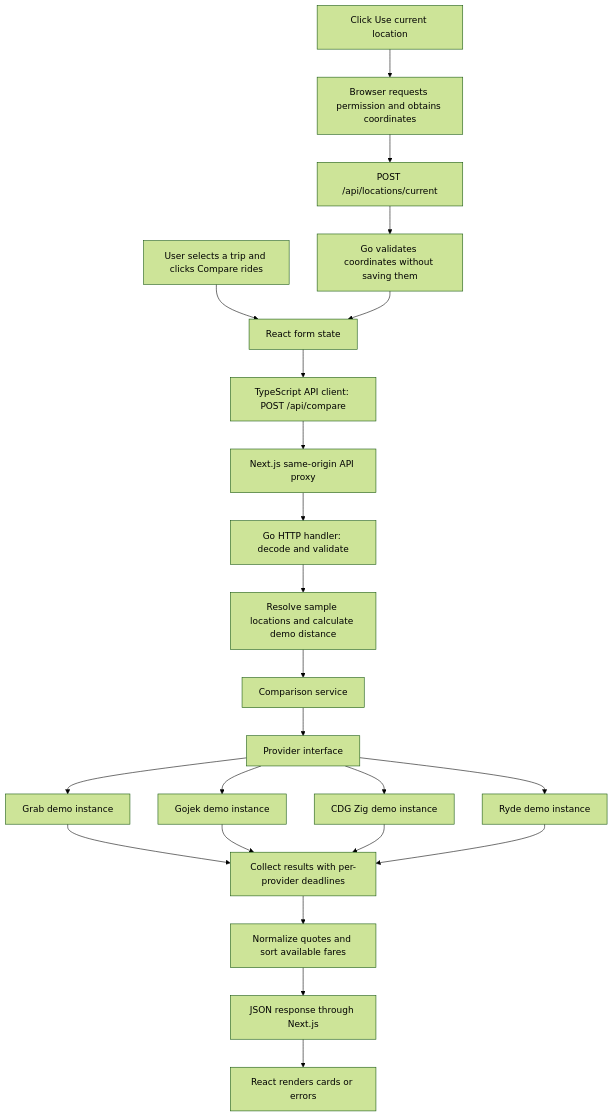
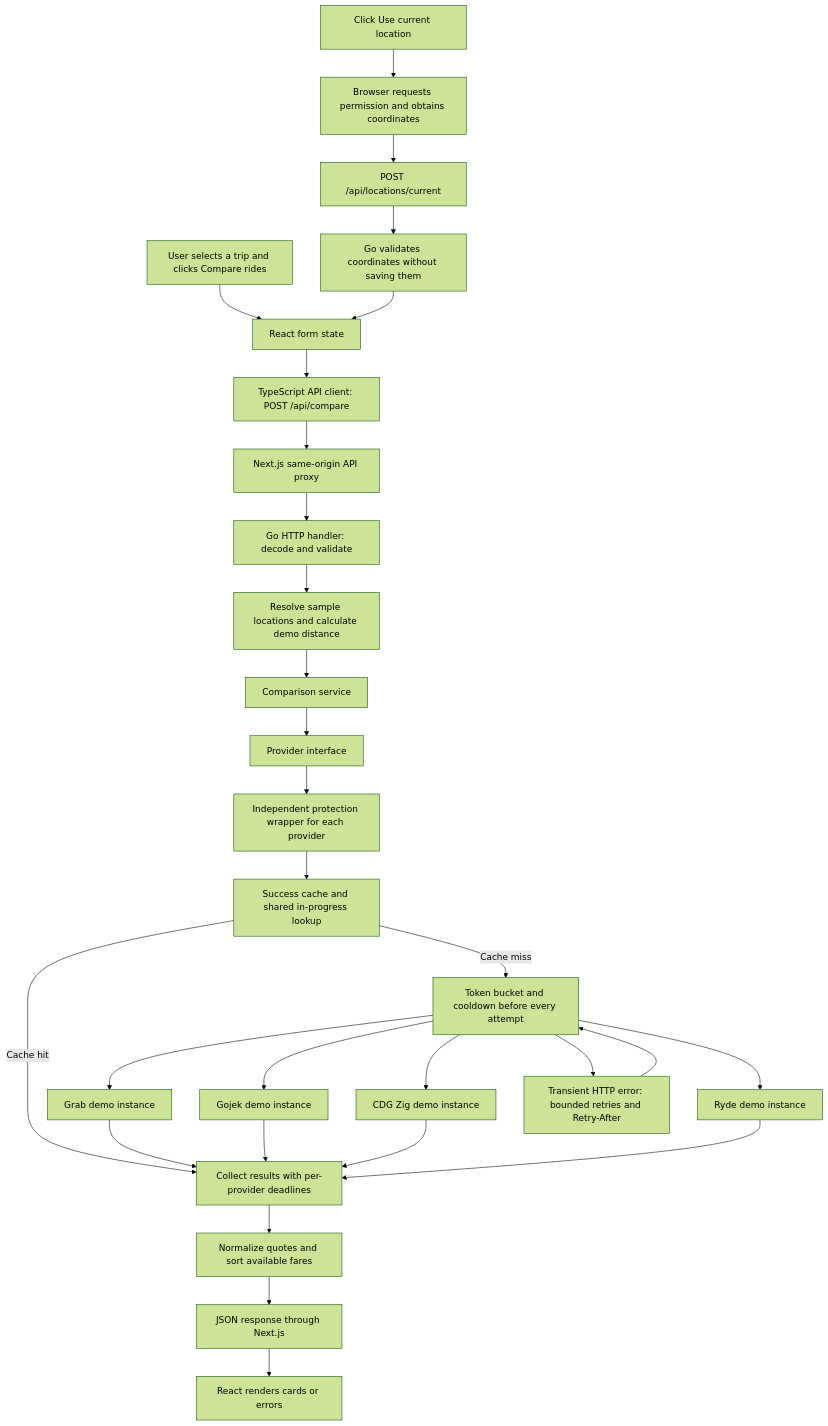
One commit to Raghaaavvv/farewise changed the diagram in README.md. Above: the diagram before and after it, drawn with Mermaid (forest theme). The commit also changed other lines of this file and 9 other files, not shown here.

Commit message:
Protect provider estimates with caching, rate limits and bounded retries

````diff
--- a/README.md
+++ b/README.md
@@ -49,25 +50,31 @@
 ```mermaid
 flowchart TD
     A[User selects a trip and clicks Compare rides] --> B[React form state]
     B --> C[TypeScript API client: POST /api/compare]
     C --> D[Next.js same-origin API proxy]
     D --> E[Go HTTP handler: decode and validate]
     E --> F[Resolve sample locations and calculate demo distance]
     F --> G[Comparison service]
     G --> H[Provider interface]
-    H --> I[Grab demo instance]
-    H --> J[Gojek demo instance]
-    H --> K[CDG Zig demo instance]
-    H --> L[Ryde demo instance]
+    H --> U[Independent protection wrapper for each provider]
+    U --> V[Success cache and shared in-progress lookup]
+    V -->|Cache miss| W[Token bucket and cooldown before every attempt]
+    W --> I[Grab demo instance]
+    W --> J[Gojek demo instance]
+    W --> K[CDG Zig demo instance]
+    W --> L[Ryde demo instance]
+    V -->|Cache hit| M
+    W --> X[Transient HTTP error: bounded retries and Retry-After]
+    X --> W
     I --> M[Collect results with per-provider deadlines]
     J --> M
     K --> M
     L --> M
     M --> N[Normalize quotes and sort available fares]
     N --> O[JSON response through Next.js]
     O --> P[React renders cards or errors]
     Q[Click Use current location] --> R[Browser requests permission and obtains coordinates]
     R --> S[POST /api/locations/current]
     S --> T[Go validates coordinates without saving them]
     T --> B
 ```
````
